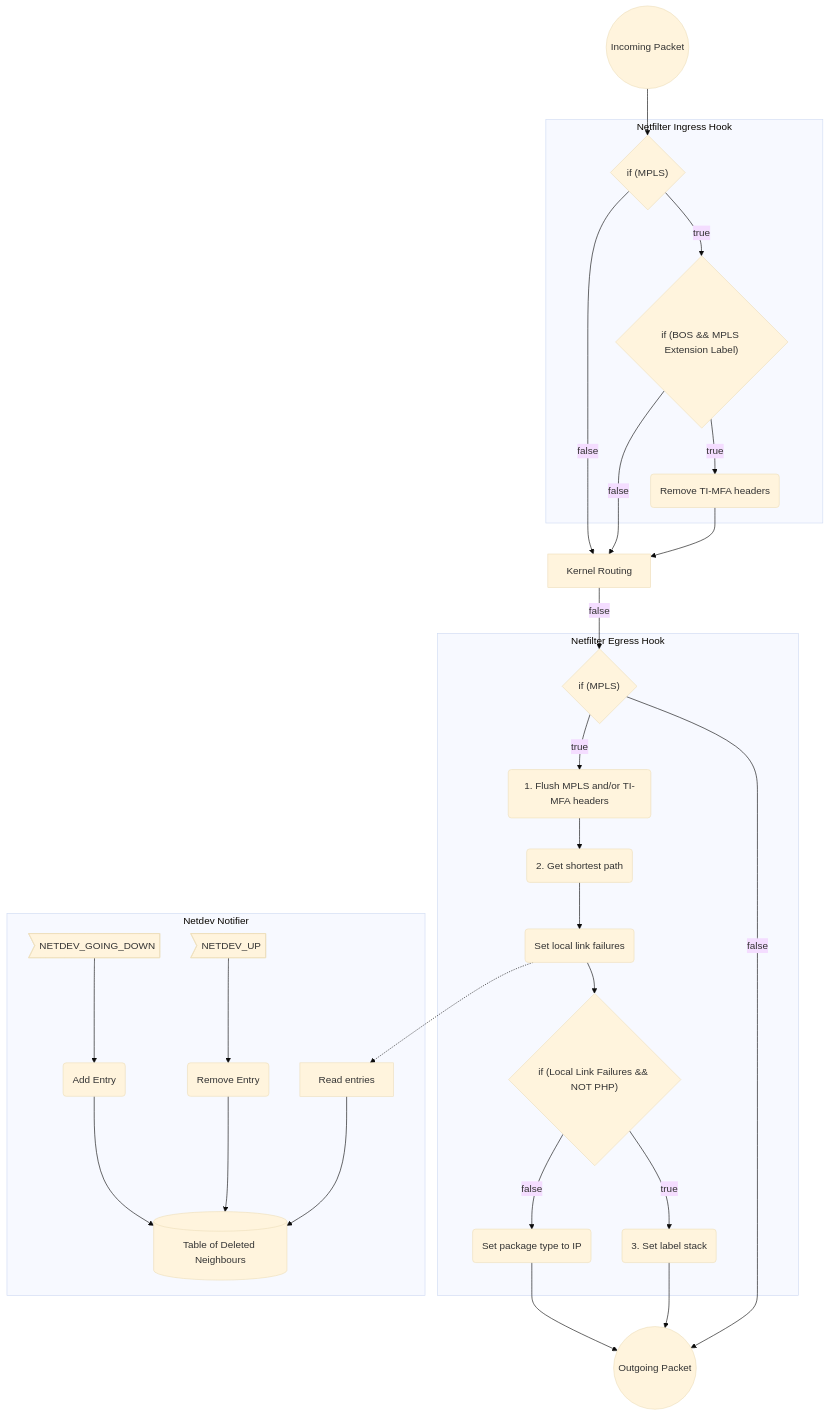
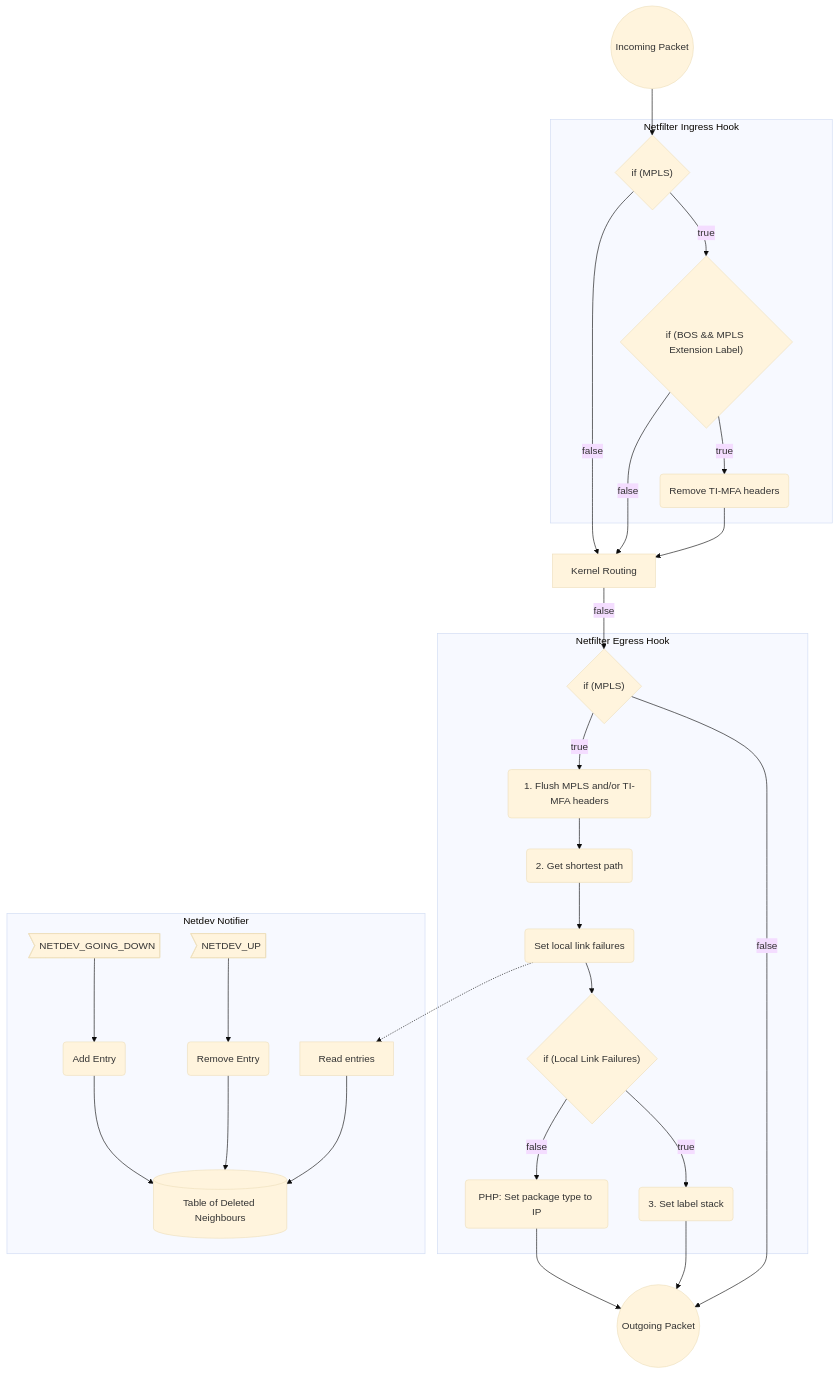
The first of 3 diagrams in README.md (sebasnabas/TI-MFA-linux), drawn with Mermaid (base theme) before and after one commit.

Commit message:
Fix php if in README

````diff
--- a/README.md
+++ b/README.md
@@ -20,36 +20,36 @@
 ```mermaid
 graph TB
     IP((Incoming Packet)) --> IH_IF{"if (MPLS)"}
 
     subgraph NF_IH["Netfilter Ingress Hook"]
         IH_IF        -->|true| IH_IF_TI_MFA{"if (BOS && MPLS Extension Label)"}
         IH_IF_TI_MFA -->|true| A(Remove TI-MFA headers)
     end
 
     IH_IF        -->|false| R[Kernel Routing]
     IH_IF_TI_MFA -->|false| R
     A            -->        R
     R            -->|false| EH_IF{"if (MPLS)"}
     EH_IF        -->|false| OP((Outgoing Packet))
 
     subgraph NF_EH[Netfilter Egress Hook]
         EH_IF     -->|true| 1_TI_MFA(1. Flush MPLS and/or TI-MFA headers)
         1_TI_MFA  -->        2_TI_MFA(2. Get shortest path)
         2_TI_MFA  -->        SLF(Set local link failures)
-        SLF       -->        IF_LF_PHP{"if (Local Link Failures && NOT PHP)"}
+        SLF       -->        IF_LF_PHP{"if (Local Link Failures)"}
         IF_LF_PHP -->|true| 3_TI_MFA(3. Set label stack)
-        IF_LF_PHP -->|false| PHP(Set package type to IP)
+        IF_LF_PHP -->|false| PHP(PHP: Set package type to IP)
     end
 
     SLF     -.-> NEIGH_READ
     3_TI_MFA -->  OP
     PHP      -->  OP
 
     subgraph Netdev Notifier
         NETDEV_GOING_DOWN>NETDEV_GOING_DOWN] --> NEIGH_ADD(Add Entry)
         NETDEV_UP>NETDEV_UP]                 --> NEIGH_DEL(Remove Entry)
         NEIGH_ADD                            --> NEIGH[(Table of Deleted Neighbours)]
         NEIGH_DEL                            --> NEIGH
         NEIGH_READ[Read entries]             --> NEIGH
     end
 ```
````
